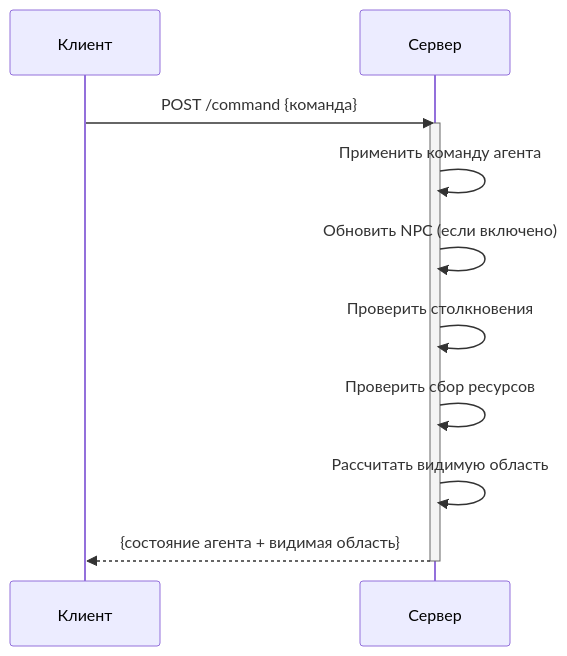
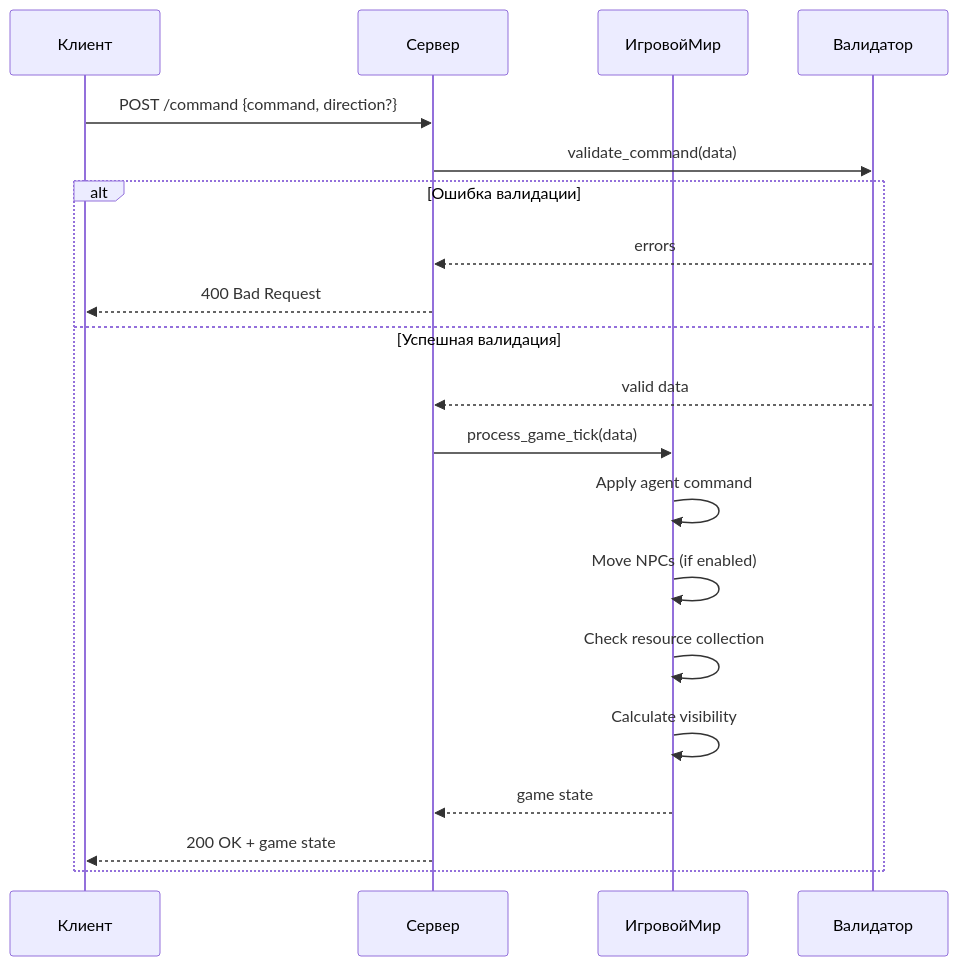
Before and after one commit to IanKi2/RECO: the diagram in simulator/docs/SPECIFICATION.md, drawn with Mermaid. The commit also changed other lines of this file and 7 other files, not shown here.

````diff
--- a/simulator/docs/SPECIFICATION.md
+++ b/simulator/docs/SPECIFICATION.md
@@ -176,17 +249,26 @@
 ```mermaid
 sequenceDiagram
     participant Клиент
     participant Сервер
+    participant ИгровойМир
+    participant Валидатор
     
-    Клиент->>Сервер: POST /command {команда}
-    activate Сервер
+    Клиент->>Сервер: POST /command {command, direction?}
     
-    Сервер->>Сервер: Применить команду агента
-    Сервер->>Сервер: Обновить NPC (если включено)
-    Сервер->>Сервер: Проверить столкновения
-    Сервер->>Сервер: Проверить сбор ресурсов
-    Сервер->>Сервер: Рассчитать видимую область
-    
-    Сервер-->>Клиент: {состояние агента + видимая область}
-    deactivate Сервер
+    Сервер->>Валидатор: validate_command(data)
+    alt Ошибка валидации
+        Валидатор-->>Сервер: errors
+        Сервер-->>Клиент: 400 Bad Request
+    else Успешная валидация
+        Валидатор-->>Сервер: valid data
+        Сервер->>ИгровойМир: process_game_tick(data)
+        
+        ИгровойМир->>ИгровойМир: Apply agent command
+        ИгровойМир->>ИгровойМир: Move NPCs (if enabled)
+        ИгровойМир->>ИгровойМир: Check resource collection
+        ИгровойМир->>ИгровойМир: Calculate visibility
+        
+        ИгровойМир-->>Сервер: game state
+        Сервер-->>Клиент: 200 OK + game state
+    end
 ```
````
